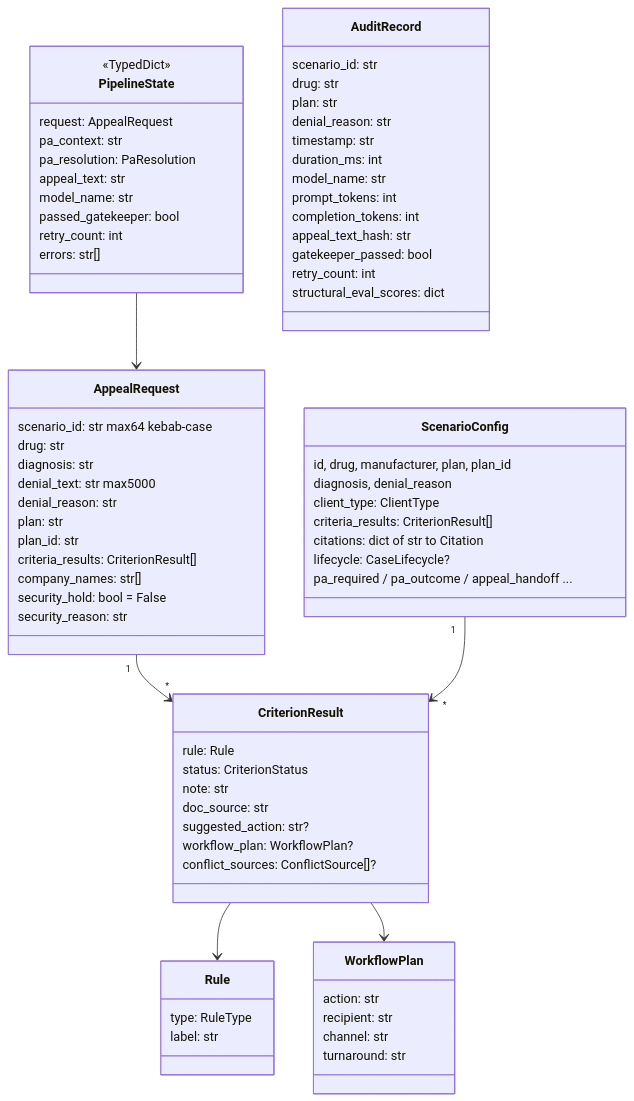
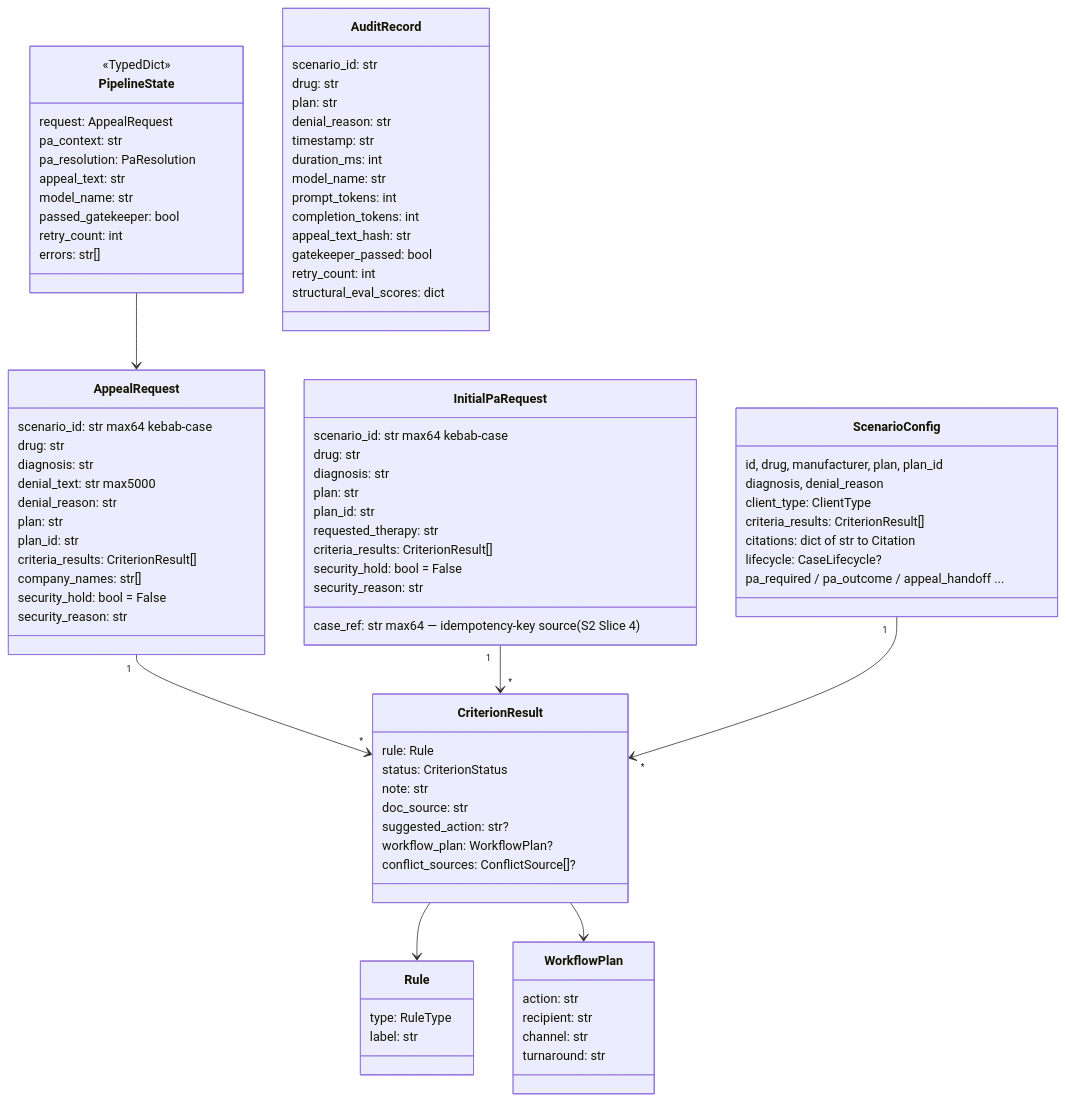
Before and after one commit to mcruz90/paxos-demo: the first of 3 diagrams in docs/architecture/03-domain-model.md, drawn with Mermaid. The commit also changed other lines of this file and 1 other file, not shown here.

First line of the commit message:
docs(architecture): 03/06 — initial-PA request + event contract (S2 Slice 1, in-series)

```diff
--- a/docs/architecture/03-domain-model.md
+++ b/docs/architecture/03-domain-model.md
@@ -82,8 +82,22 @@
         pa_required / pa_outcome / appeal_handoff ...
     }
 
+    class InitialPaRequest {
+        scenario_id: str  max64 kebab-case
+        case_ref: str  max64 — idempotency-key source (S2 Slice 4)
+        drug: str
+        diagnosis: str
+        plan: str
+        plan_id: str
+        requested_therapy: str
+        criteria_results: CriterionResult[]
+        security_hold: bool = False
+        security_reason: str
+    }
+
     PipelineState --> AppealRequest
     AppealRequest "1" --> "*" CriterionResult
+    InitialPaRequest "1" --> "*" CriterionResult
     ScenarioConfig "1" --> "*" CriterionResult
     CriterionResult --> Rule
     CriterionResult --> WorkflowPlan
```
